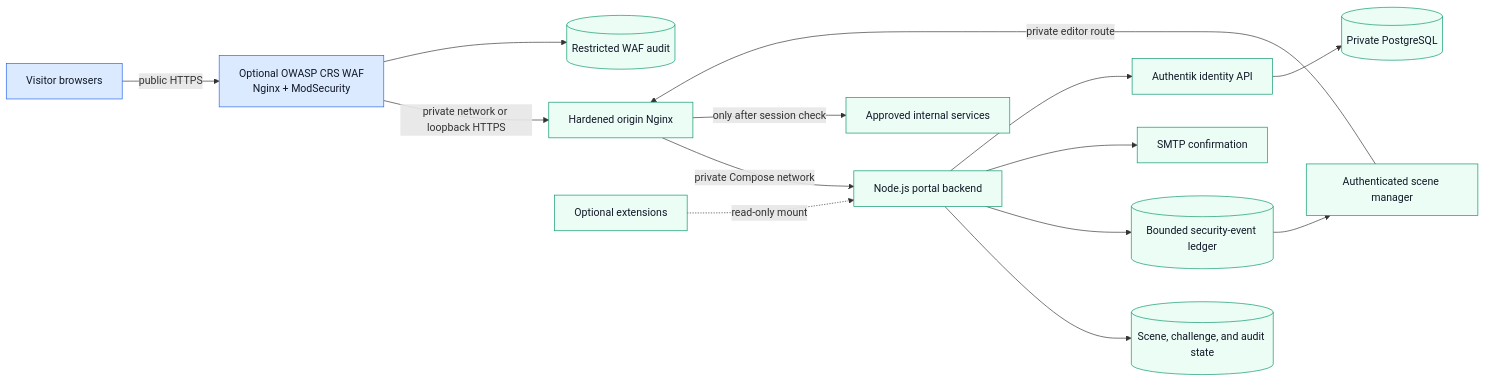
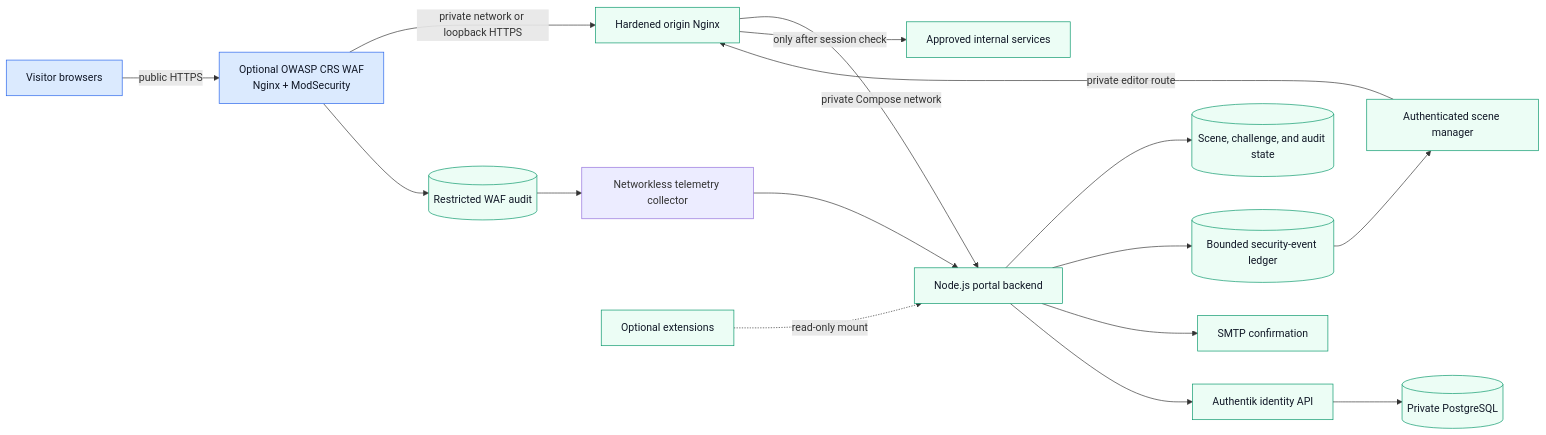
One commit to zipkindev/scene-access-gateway changed the diagram in README.md. Above: the diagram before and after it, drawn with Mermaid. The commit also changed 20 other files, not shown here.

Commit message:
Integrate WAF telemetry and incident alerts

````diff
--- a/README.md
+++ b/README.md
@@ -115,21 +115,23 @@
 ```mermaid
 flowchart LR
     Visitor[Visitor browsers] -->|public HTTPS| WAF[Optional OWASP CRS WAF<br/>Nginx + ModSecurity]
     WAF -->|private network or loopback HTTPS| Gateway[Hardened origin Nginx]
     Editor[Authenticated scene manager] -->|private editor route| Gateway
     Gateway -->|private Compose network| Backend[Node.js portal backend]
+    WAF --> WafAudit[(Restricted WAF audit)]
+    WafAudit --> WafCollector[Networkless telemetry collector]
+    WafCollector --> Backend
     Gateway -->|only after session check| Services[Approved internal services]
-    WAF --> WafAudit[(Restricted WAF audit)]
     Backend --> State[(Scene, challenge, and audit state)]
     Backend --> Security[(Bounded security-event ledger)]
     Backend --> Mail[SMTP confirmation]
     Backend --> Authentik[Authentik identity API]
     Authentik --> Postgres[(Private PostgreSQL)]
     Security --> Editor
     Extension[Optional extensions] -. read-only mount .-> Backend
 
     classDef public fill:#dbeafe,stroke:#2563eb,color:#111827
     classDef private fill:#ecfdf5,stroke:#059669,color:#111827
     class Visitor,WAF public
     class Editor,Gateway,Backend,State,Security,Mail,Authentik,Postgres,Services,Extension,WafAudit private
 ```
````
